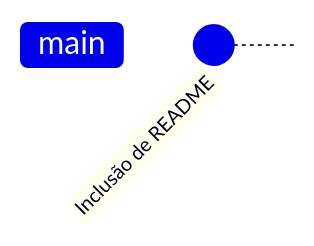
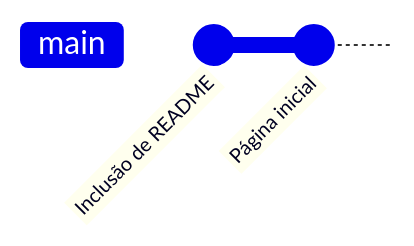
The diagram in README.md (BZR4/tcc-git-scm), drawn with Mermaid before and after one commit. The commit also changed 2 other files, not shown here.

Commit message:
main
- Inclusão de CSS;
- Inclusão de página principal;

````diff
--- a/README.md
+++ b/README.md
@@ -15,4 +15,5 @@
 ```mermaid
 gitGraph
     commit id: "Inclusão de README"
+    commit id: "Página inicial"
 ```
````
